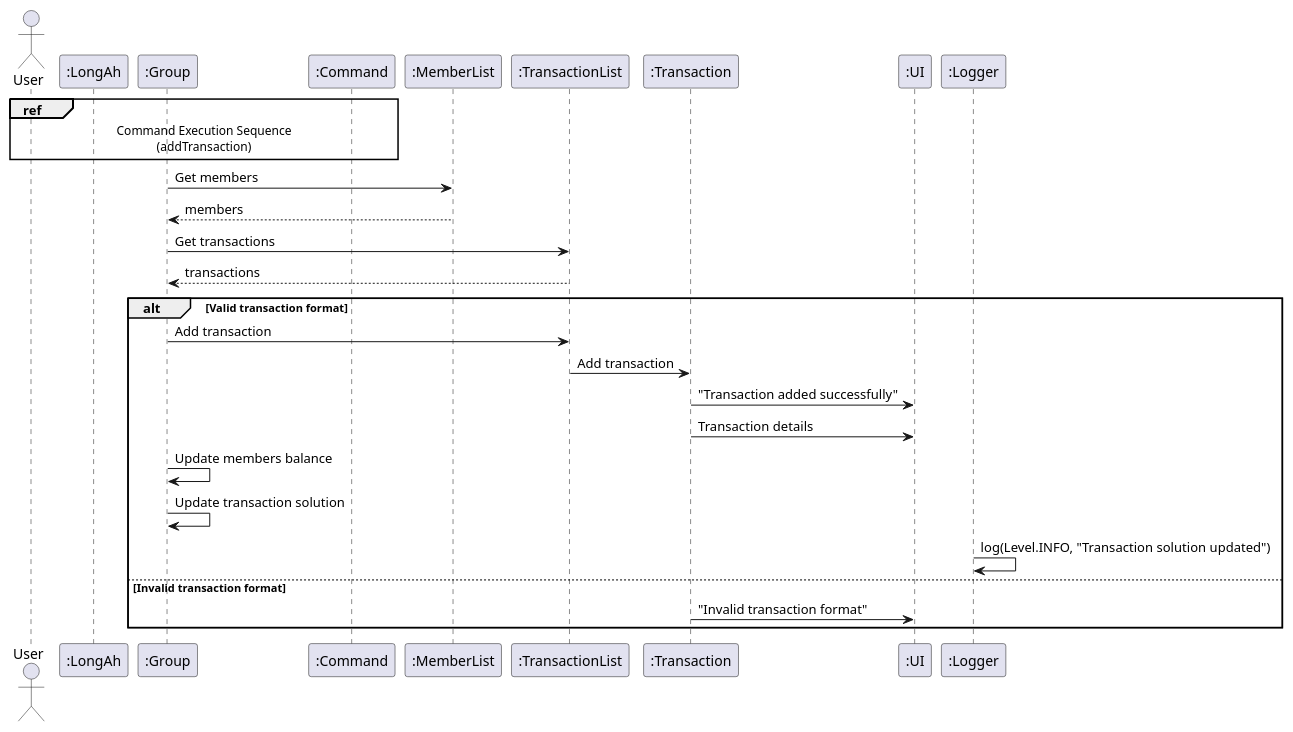
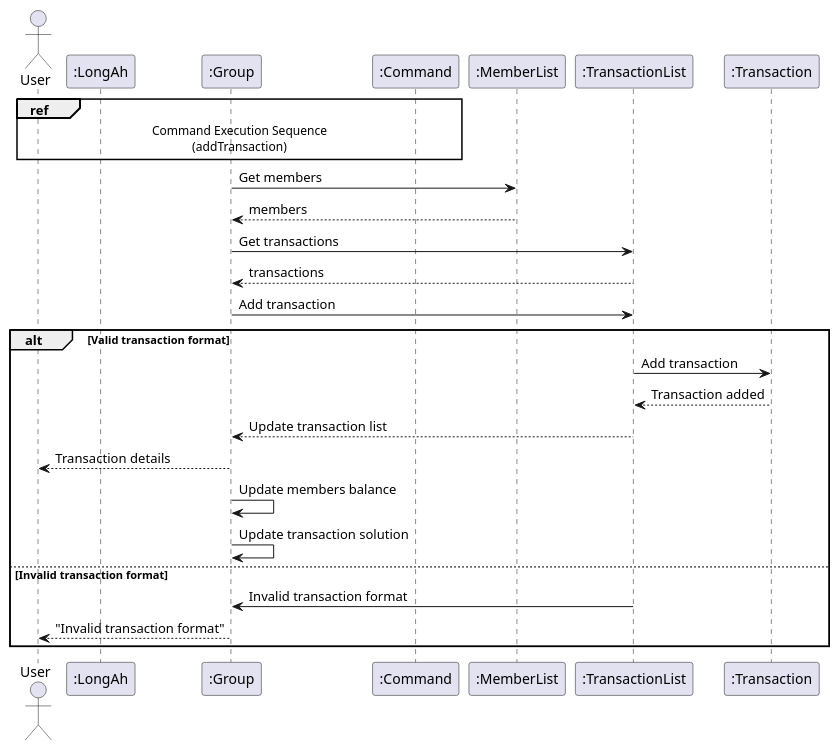
Before and after one commit to AY2324S2-CS2113-T15-1/tp: the diagram in docs/diagrams/addTransaction.puml, drawn with PlantUML. The commit also changed 7 other files, not shown here.

Commit message:
Fixes for Transaction diagram

```diff
--- a/docs/diagrams/addTransaction.puml
+++ b/docs/diagrams/addTransaction.puml
@@ -1,33 +1,33 @@
 @startuml
 actor User
 
 participant ":LongAh"
 participant ":Group"
 participant ":Command"
 participant ":MemberList"
 participant ":TransactionList"
 participant ":Transaction"
-participant ":UI"
 
 
 ref over "User" , ":Command"
 Command Execution Sequence
 (addTransaction)
 end ref
 ":Group" -> ":MemberList" : Get members
 ":MemberList" --> ":Group" : members
 ":Group" -> ":TransactionList" : Get transactions
 ":TransactionList" --> ":Group" : transactions
+":Group" -> ":TransactionList": Add transaction
 alt Valid transaction format
-    ":Group" -> ":TransactionList": Add transaction
     ":TransactionList" -> ":Transaction": Add transaction
-    ":Transaction" -> ":UI": "Transaction added successfully"
-    ":Transaction" -> ":UI": Transaction details
+    ":Transaction" --> ":TransactionList": Transaction added
+    ":TransactionList" --> ":Group": Update transaction list
+    ":Group" --> "User": Transaction details
     ":Group" -> ":Group": Update members balance
     ":Group" -> ":Group": Update transaction solution
-    ":Logger" -> ":Logger": log(Level.INFO, "Transaction solution updated")
 else Invalid transaction format
-    ":Transaction" -> ":UI": "Invalid transaction format"
+    ":TransactionList" -> ":Group": Invalid transaction format
+    ":Group" --> "User" : "Invalid transaction format"
 end
 
 @enduml
```
